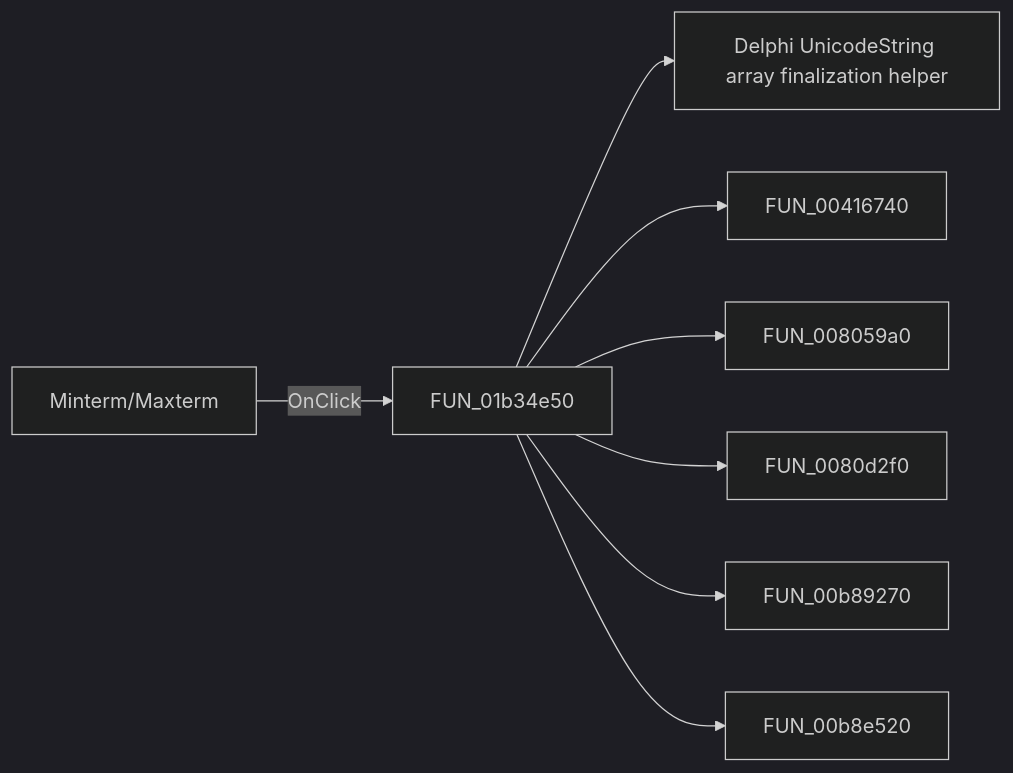
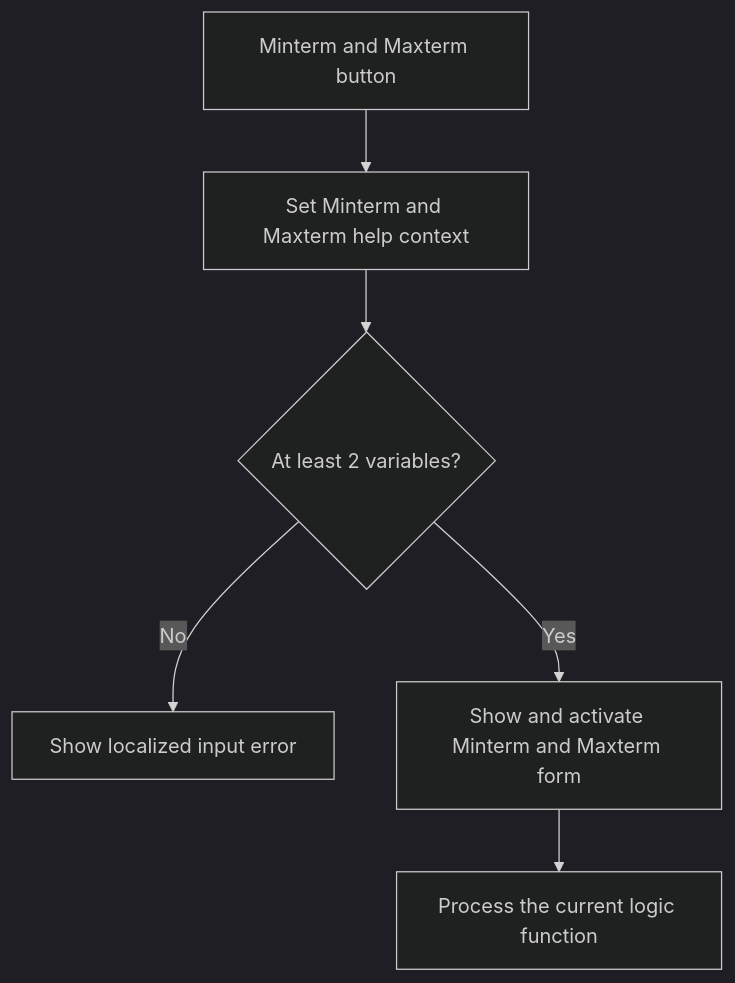
The diagram in docs/ui-controls/introduction-form/ok-btn-12749df25d.md (MovGP0/TIARA), drawn with Mermaid (dark theme) before and after one commit. The commit also changed other lines of this file and 387 other files, not shown here.

````diff
--- a/docs/ui-controls/introduction-form/ok-btn-12749df25d.md
+++ b/docs/ui-controls/introduction-form/ok-btn-12749df25d.md
@@ -27,10 +27,8 @@
 ```mermaid
-flowchart LR
-    control["Minterm/Maxterm"] -->|OnClick| handler["FUN_01b34e50"]
-    handler --> call1["Delphi UnicodeString array finalization helper"]
-    handler --> call2["FUN_00416740"]
-    handler --> call3["FUN_008059a0"]
-    handler --> call4["FUN_0080d2f0"]
-    handler --> call5["FUN_00b89270"]
-    handler --> call6["FUN_00b8e520"]
+flowchart TD
+    control["Minterm and Maxterm button"] --> context["Set Minterm and Maxterm help context"]
+    context --> count{"At least 2 variables?"}
+    count -->|No| error["Show localized input error"]
+    count -->|Yes| show["Show and activate Minterm and Maxterm form"]
+    show --> calculate["Process the current logic function"]
 ```
````
